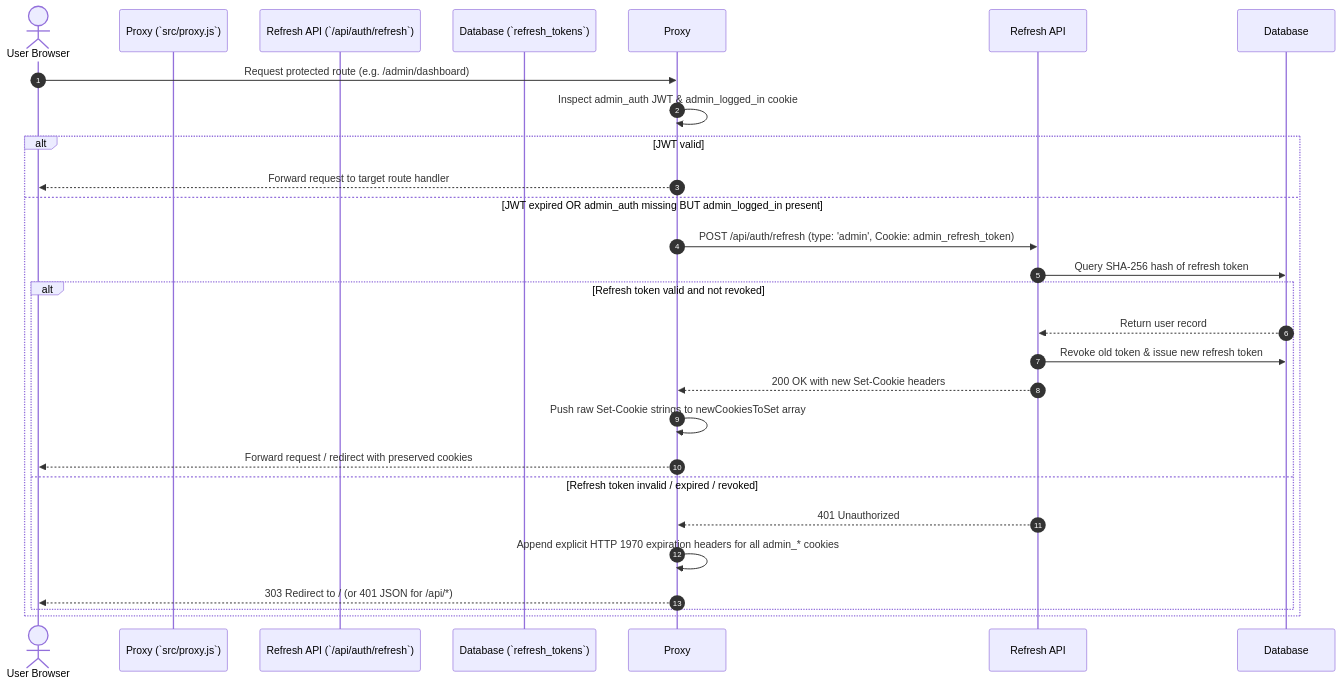
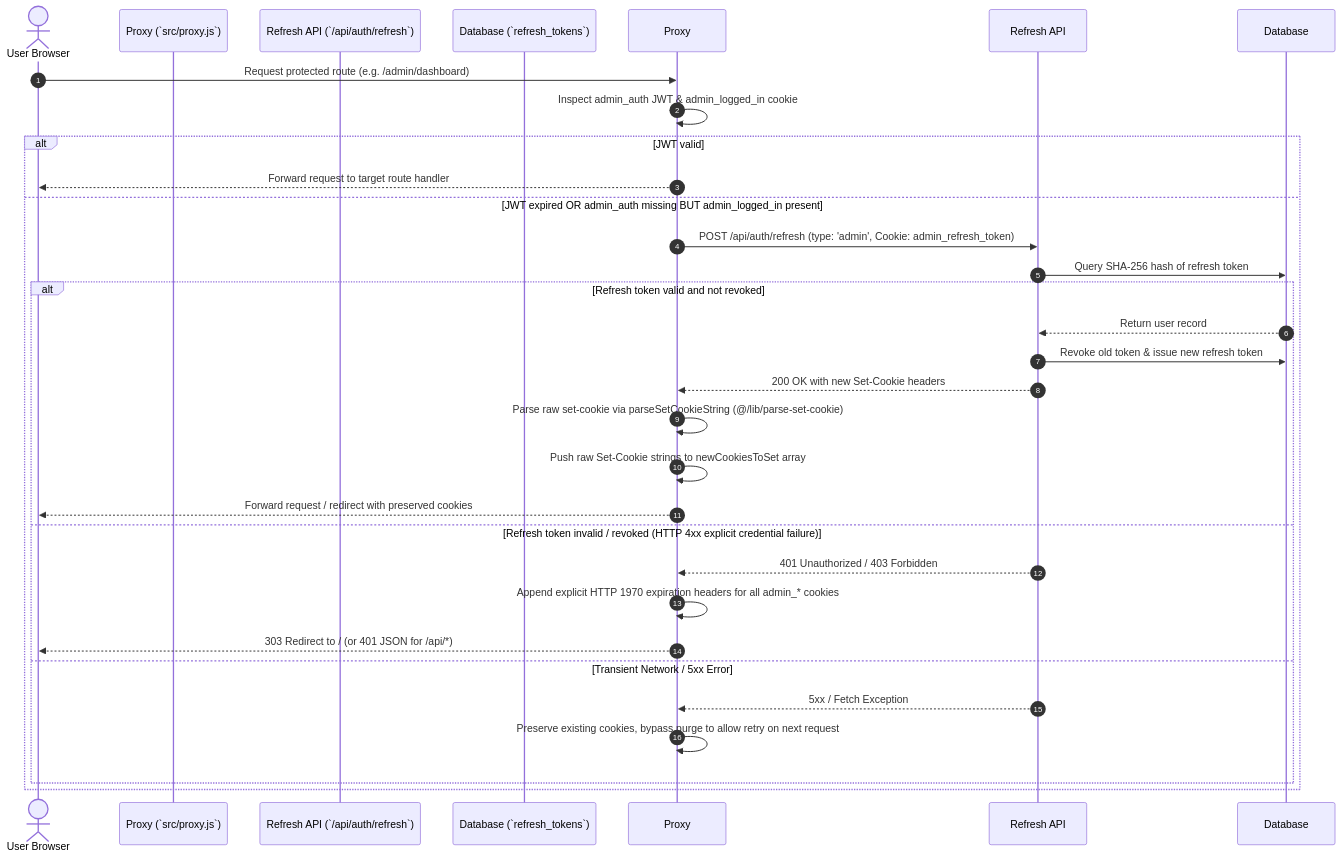
One commit to GouthamA15/KUCET_College_Management_System changed the second of 2 diagrams in DOCUMENTATION/authentication/authentication.md. Above: the diagram before and after it, drawn with Mermaid. The commit also changed 25 other files, not shown here.

````diff
--- a/DOCUMENTATION/authentication/authentication.md
+++ b/DOCUMENTATION/authentication/authentication.md
@@ -100,28 +100,32 @@
 ```mermaid
 sequenceDiagram
     autonumber
     actor User Browser
     participant Proxy (`src/proxy.js`)
     participant Refresh API (`/api/auth/refresh`)
     participant Database (`refresh_tokens`)
 
     User Browser->>Proxy: Request protected route (e.g. /admin/dashboard)
     Proxy->>Proxy: Inspect admin_auth JWT & admin_logged_in cookie
     alt JWT valid
         Proxy-->>User Browser: Forward request to target route handler
     else JWT expired OR admin_auth missing BUT admin_logged_in present
         Proxy->>Refresh API: POST /api/auth/refresh (type: 'admin', Cookie: admin_refresh_token)
         Refresh API->>Database: Query SHA-256 hash of refresh token
         alt Refresh token valid and not revoked
             Database-->>Refresh API: Return user record
             Refresh API->>Database: Revoke old token & issue new refresh token
             Refresh API-->>Proxy: 200 OK with new Set-Cookie headers
+            Proxy->>Proxy: Parse raw set-cookie via parseSetCookieString (@/lib/parse-set-cookie)
             Proxy->>Proxy: Push raw Set-Cookie strings to newCookiesToSet array
             Proxy-->>User Browser: Forward request / redirect with preserved cookies
-        else Refresh token invalid / expired / revoked
-            Refresh API-->>Proxy: 401 Unauthorized
+        else Refresh token invalid / revoked (HTTP 4xx explicit credential failure)
+            Refresh API-->>Proxy: 401 Unauthorized / 403 Forbidden
             Proxy->>Proxy: Append explicit HTTP 1970 expiration headers for all admin_* cookies
             Proxy-->>User Browser: 303 Redirect to / (or 401 JSON for /api/*)
+        else Transient Network / 5xx Error
+            Refresh API-->>Proxy: 5xx / Fetch Exception
+            Proxy->>Proxy: Preserve existing cookies, bypass purge to allow retry on next request
         end
     end
 ```
````
